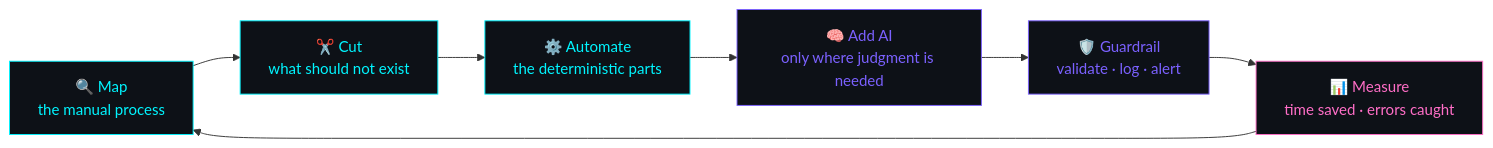
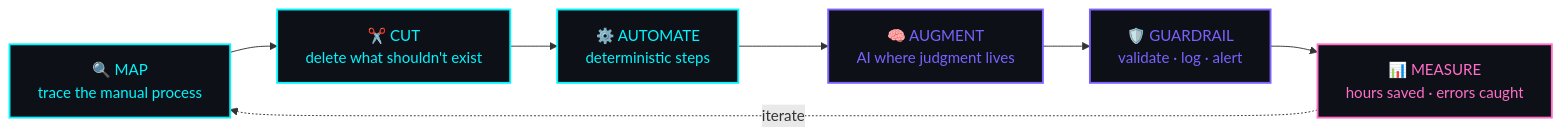
The diagram in README.md (acesono/acesono), drawn with Mermaid before and after one commit. The commit also changed other lines of this file, not shown here.

````diff
--- a/README.md
+++ b/README.md
@@ -126,16 +151,16 @@
 ```mermaid
-graph LR
-    A[🔍 Map<br/>the manual process] --> B[✂️ Cut<br/>what should not exist]
-    B --> C[⚙️ Automate<br/>the deterministic parts]
-    C --> D[🧠 Add AI<br/>only where judgment is needed]
-    D --> E[🛡️ Guardrail<br/>validate · log · alert]
-    E --> F[📊 Measure<br/>time saved · errors caught]
-    F --> A
+flowchart LR
+    A["🔍 MAP<br/>trace the manual process"] --> B["✂️ CUT<br/>delete what shouldn't exist"]
+    B --> C["⚙️ AUTOMATE<br/>deterministic steps"]
+    C --> D["🧠 AUGMENT<br/>AI where judgment lives"]
+    D --> E["🛡️ GUARDRAIL<br/>validate · log · alert"]
+    E --> F["📊 MEASURE<br/>hours saved · errors caught"]
+    F -.->|iterate| A
 
-    style A fill:#0d1117,stroke:#00F5FF,color:#00F5FF
-    style B fill:#0d1117,stroke:#00F5FF,color:#00F5FF
-    style C fill:#0d1117,stroke:#00F5FF,color:#00F5FF
-    style D fill:#0d1117,stroke:#7B61FF,color:#7B61FF
-    style E fill:#0d1117,stroke:#7B61FF,color:#7B61FF
-    style F fill:#0d1117,stroke:#FF6EC7,color:#FF6EC7
+    classDef core fill:#0d1117,stroke:#00F5FF,stroke-width:2px,color:#00F5FF
+    classDef ai fill:#0d1117,stroke:#7B61FF,stroke-width:2px,color:#7B61FF
+    classDef out fill:#0d1117,stroke:#FF6EC7,stroke-width:2px,color:#FF6EC7
+    class A,B,C core
+    class D,E ai
+    class F out
 ```
````
